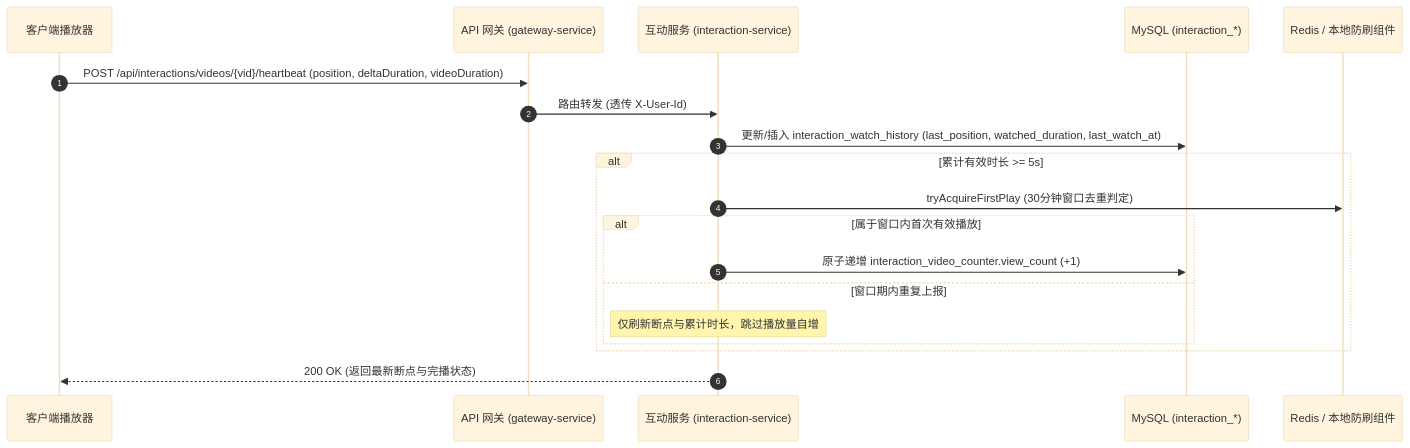
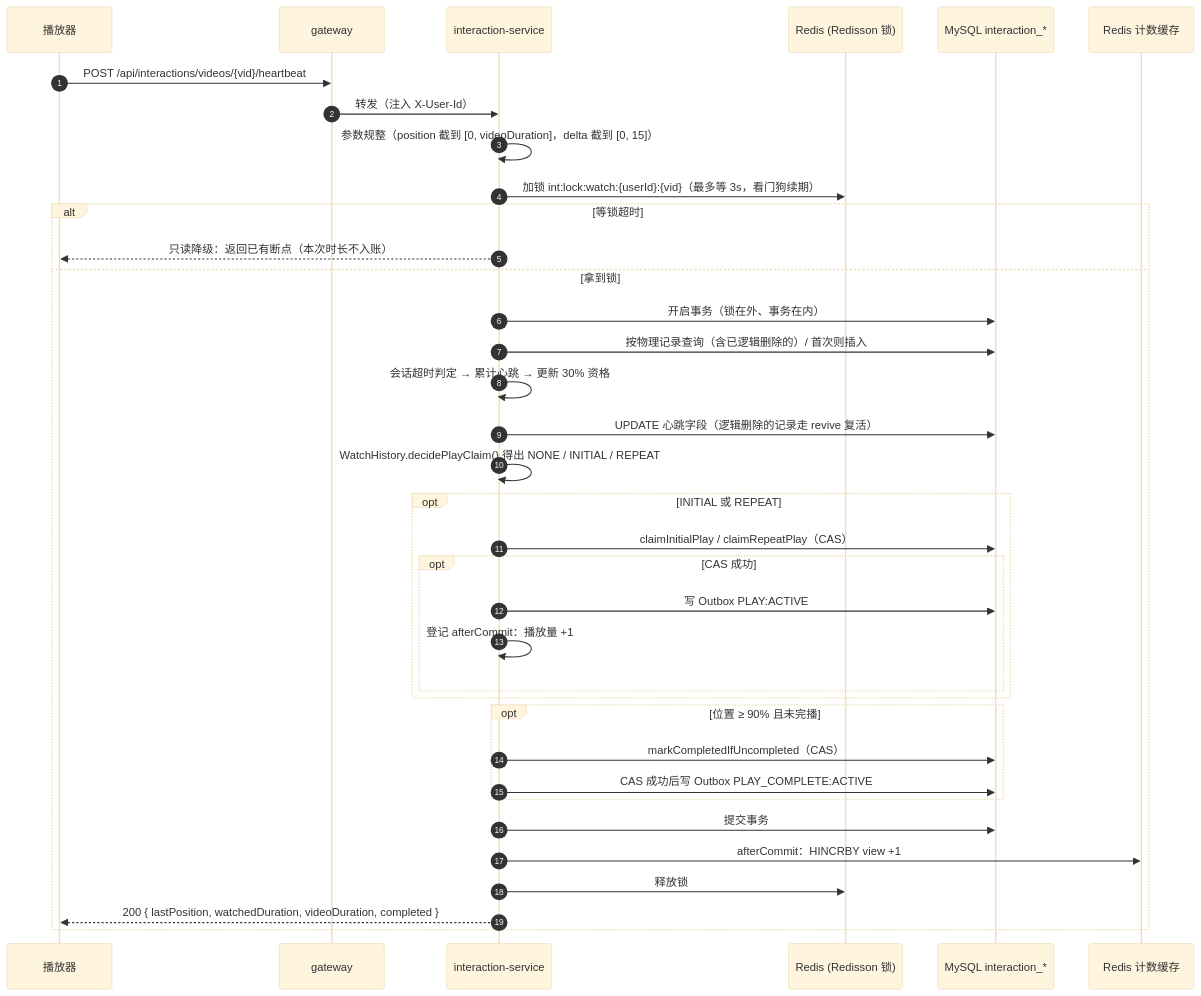
One commit to fank-c/media-platform-rebuild changed the first of 2 diagrams in docs/modules/interaction.md. Above: the diagram before and after it, drawn with Mermaid (base theme). The commit also changed other lines of this file and 10 other files, not shown here.

````diff
--- a/docs/modules/interaction.md
+++ b/docs/modules/interaction.md
@@ -39,24 +75,39 @@
 ```mermaid
 sequenceDiagram
     autonumber
-    participant App as 客户端播放器
-    participant GW as API 网关 (gateway-service)
-    participant IS as 互动服务 (interaction-service)
-    participant DB as MySQL (interaction_*)
-    participant Redis as Redis / 本地防刷组件
+    participant App as 播放器
+    participant GW as gateway
+    participant IS as interaction-service
+    participant Lock as Redis (Redisson 锁)
+    participant DB as MySQL interaction_*
+    participant Cnt as Redis 计数缓存
 
-    App->>GW: POST /api/interactions/videos/{vid}/heartbeat (position, deltaDuration, videoDuration)
-    GW->>IS: 路由转发 (透传 X-User-Id)
-    IS->>DB: 更新/插入 interaction_watch_history (last_position, watched_duration, last_watch_at)
-    
-    alt 累计有效时长 >= 5s
-        IS->>Redis: tryAcquireFirstPlay (30分钟窗口去重判定)
-        alt 属于窗口内首次有效播放
-            IS->>DB: 原子递增 interaction_video_counter.view_count (+1)
-        else 窗口期内重复上报
-            Note over IS: 仅刷新断点与累计时长，跳过播放量自增
+    App->>GW: POST /api/interactions/videos/{vid}/heartbeat
+    GW->>IS: 转发（注入 X-User-Id）
+    IS->>IS: 参数规整（position 截到 [0, videoDuration]，delta 截到 [0, 15]）
+    IS->>Lock: 加锁 int:lock:watch:{userId}:{vid}（最多等 3s，看门狗续期）
+    alt 等锁超时
+        IS-->>App: 只读降级：返回已有断点（本次时长不入账）
+    else 拿到锁
+        IS->>DB: 开启事务（锁在外、事务在内）
+        IS->>DB: 按物理记录查询（含已逻辑删除的）/ 首次则插入
+        IS->>IS: 会话超时判定 → 累计心跳 → 更新 30% 资格
+        IS->>DB: UPDATE 心跳字段（逻辑删除的记录走 revive 复活）
+        IS->>IS: WatchHistory.decidePlayClaim() 得出 NONE / INITIAL / REPEAT
+        opt INITIAL 或 REPEAT
+            IS->>DB: claimInitialPlay / claimRepeatPlay（CAS）
+            opt CAS 成功
+                IS->>DB: 写 Outbox PLAY:ACTIVE
+                IS->>IS: 登记 afterCommit：播放量 +1
+            end
         end
+        opt 位置 ≥ 90% 且未完播
+            IS->>DB: markCompletedIfUncompleted（CAS）
+            IS->>DB: CAS 成功后写 Outbox PLAY_COMPLETE:ACTIVE
+        end
+        IS->>DB: 提交事务
+        IS->>Cnt: afterCommit：HINCRBY view +1
+        IS->>Lock: 释放锁
+        IS-->>App: 200 { lastPosition, watchedDuration, videoDuration, completed }
     end
-    
-    IS-->>App: 200 OK (返回最新断点与完播状态)
 ```
````
